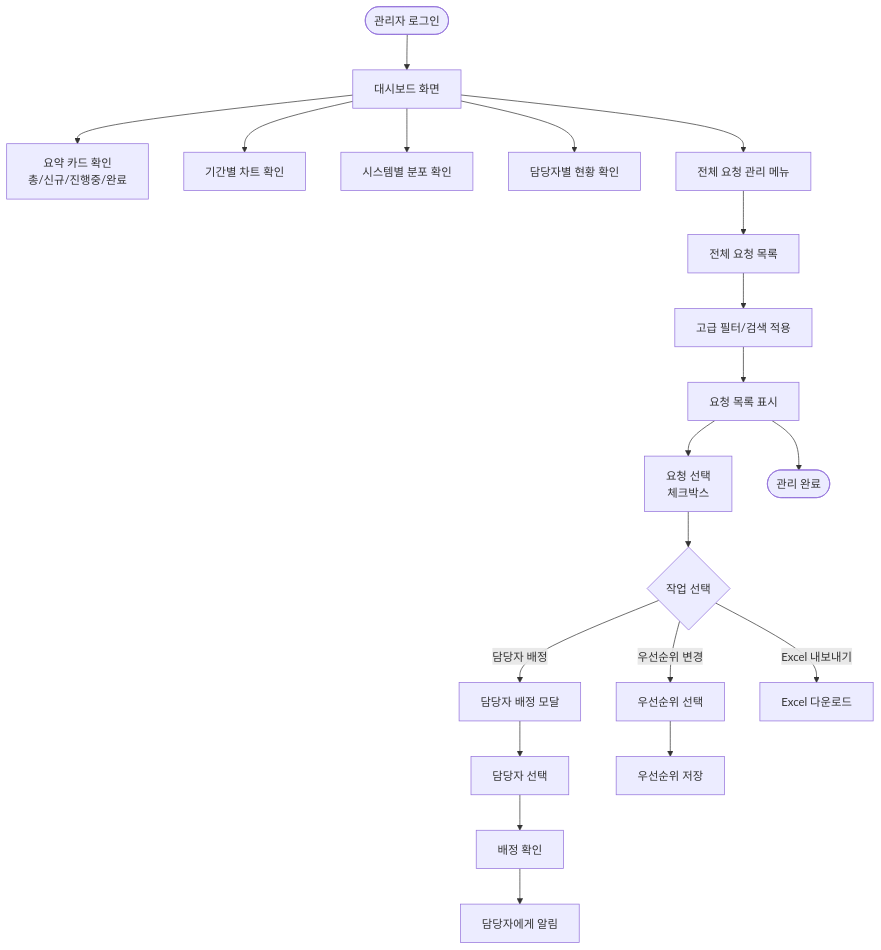
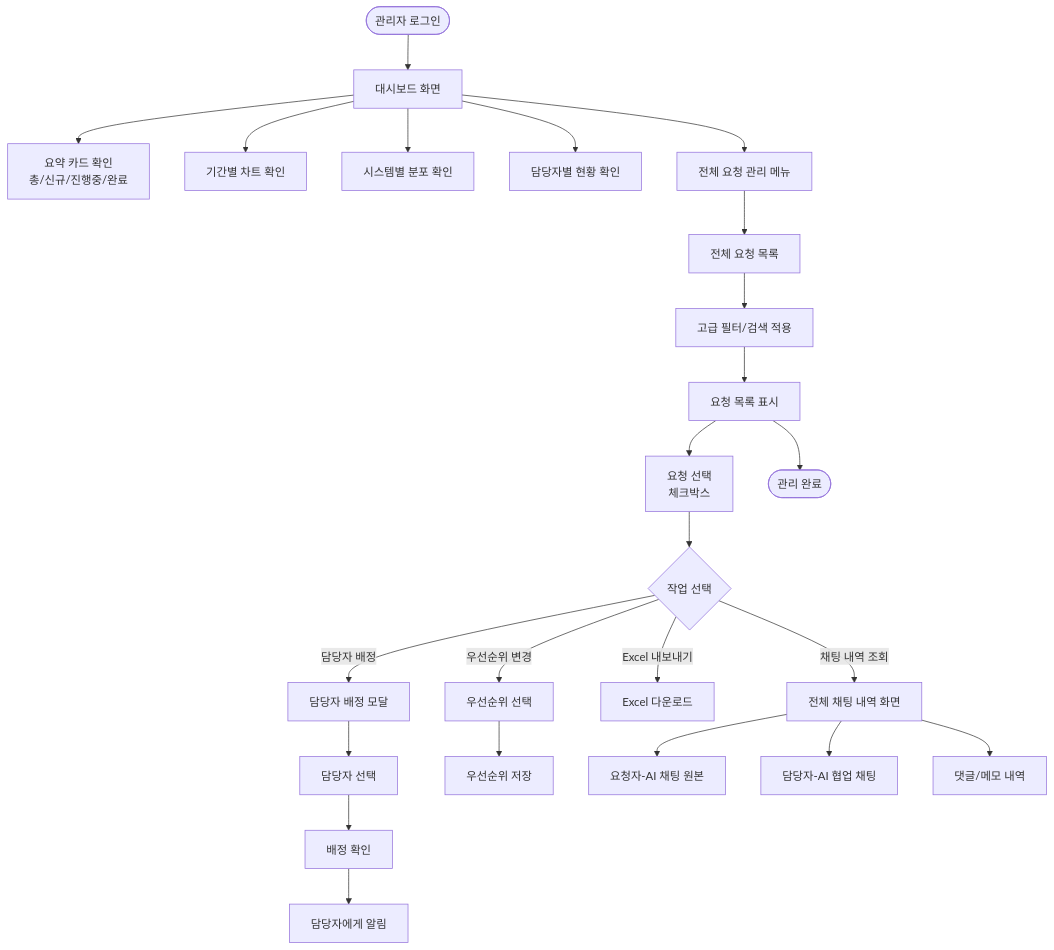
The sixth of 11 diagrams in manager/plan/requirements/04_유저플로우.md (marxsourcing/ktestate-itsm), drawn with Mermaid before and after one commit. The commit also changed other lines of this file and 14 other files, not shown here.

````diff
--- a/manager/plan/requirements/04_유저플로우.md
+++ b/manager/plan/requirements/04_유저플로우.md
@@ -274,30 +292,35 @@
 ```mermaid
 flowchart TD
     A([관리자 로그인])
     
     A --> B[대시보드 화면]
     B --> C[요약 카드 확인<br/>총/신규/진행중/완료]
     B --> D[기간별 차트 확인]
     B --> E[시스템별 분포 확인]
     B --> F[담당자별 현황 확인]
     
     B --> G[전체 요청 관리 메뉴]
     G --> H[전체 요청 목록]
     H --> I[고급 필터/검색 적용]
     I --> J[요청 목록 표시]
     
     J --> K[요청 선택<br/>체크박스]
     K --> L{작업 선택}
     
     L -->|담당자 배정| M[담당자 배정 모달]
     M --> N[담당자 선택]
     N --> O[배정 확인]
     O --> P[담당자에게 알림]
     
     L -->|우선순위 변경| Q[우선순위 선택]
     Q --> R[우선순위 저장]
     
     L -->|Excel 내보내기| S[Excel 다운로드]
     
-    J --> T([관리 완료])
+    L -->|채팅 내역 조회| T[전체 채팅 내역 화면]
+    T --> U[요청자-AI 채팅 원본]
+    T --> V[담당자-AI 협업 채팅]
+    T --> W[댓글/메모 내역]
+    
+    J --> X([관리 완료])
 ```
````
